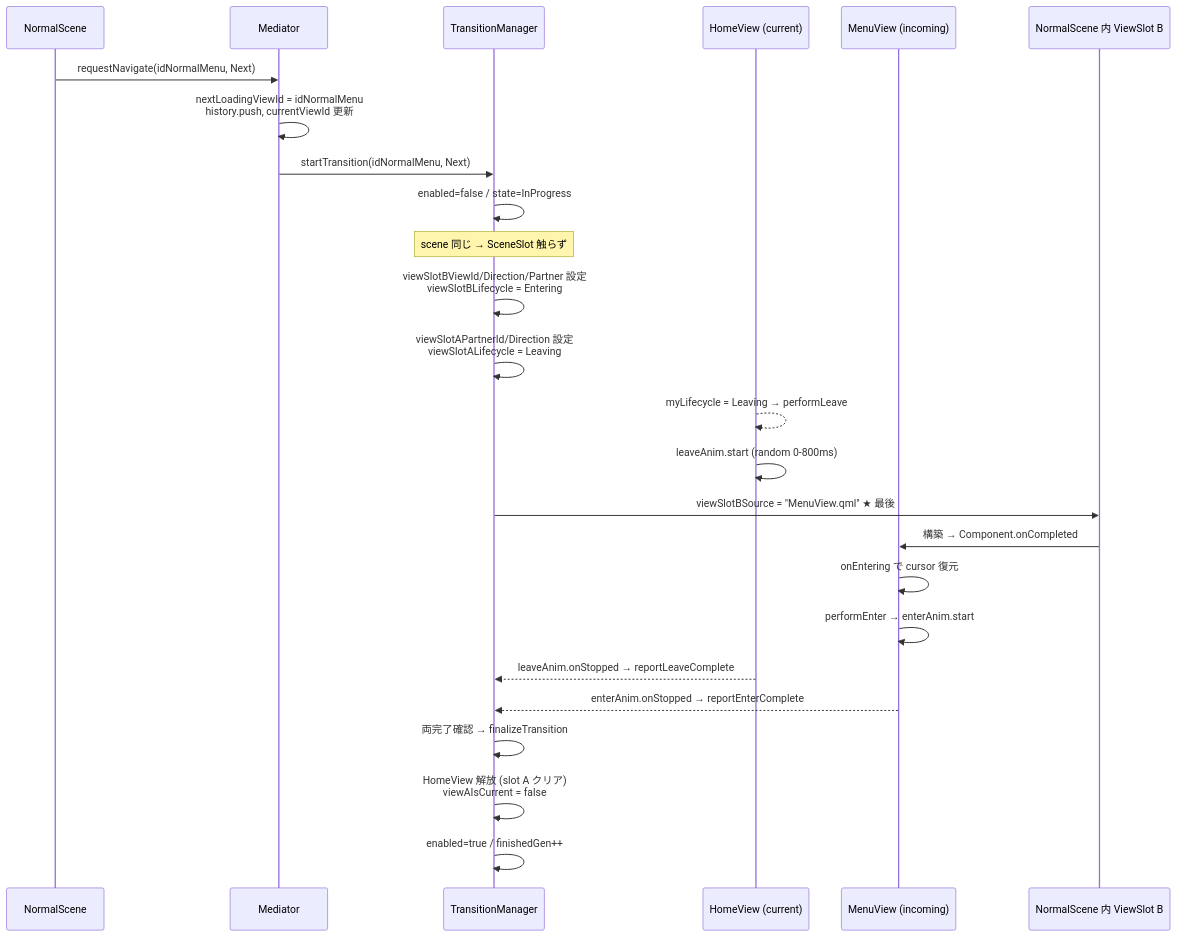
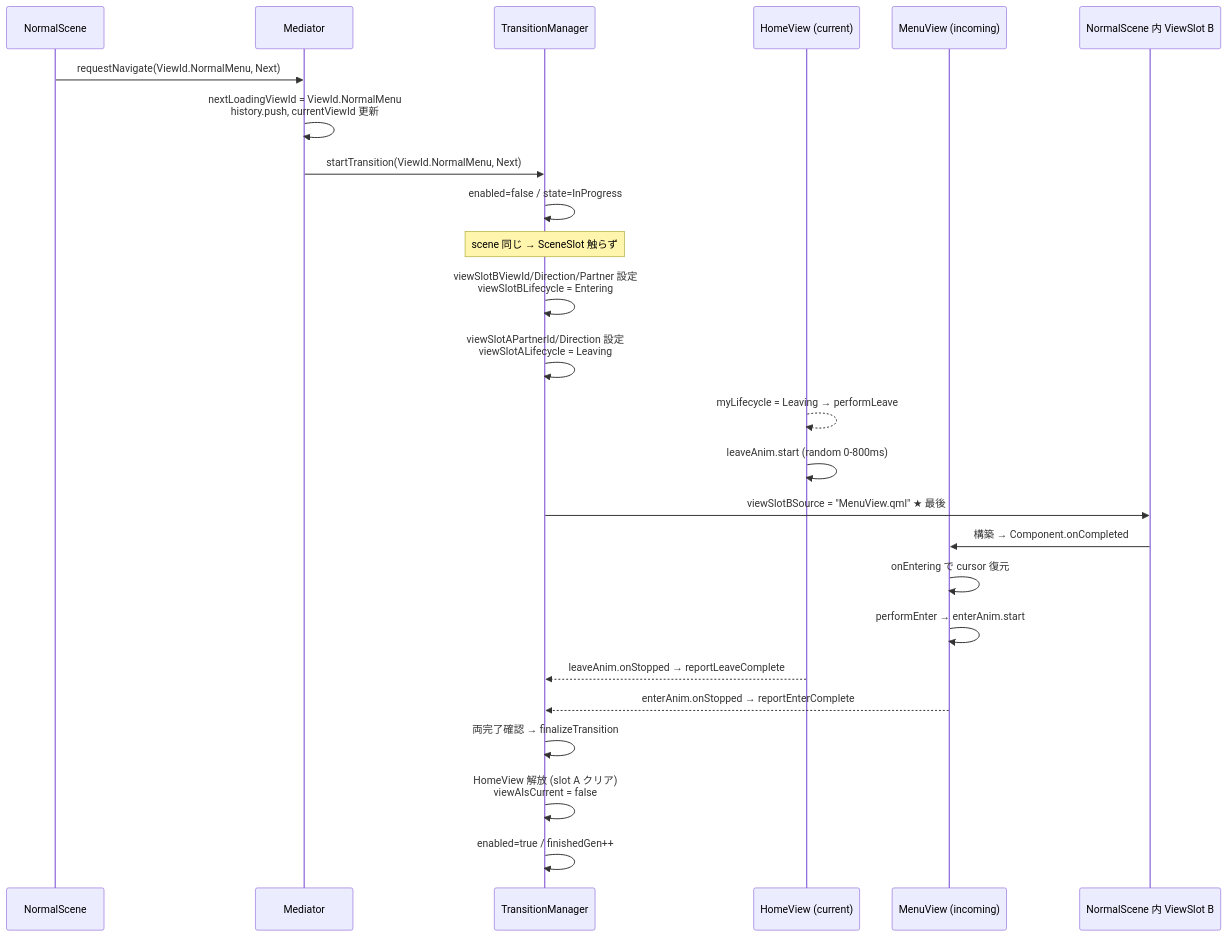
One commit to yuya-kadono/qul-loader-navigation-poc changed the fifth of 11 diagrams in docs/flows.md. Above: the diagram before and after it, drawn with Mermaid. The commit also changed other lines of this file and 31 other files, not shown here.

````diff
--- a/docs/flows.md
+++ b/docs/flows.md
@@ -135,31 +147,31 @@
 ```mermaid
 sequenceDiagram
     participant NS as NormalScene
     participant Med as Mediator
     participant TM as TransitionManager
     participant Home as HomeView (current)
     participant Menu as MenuView (incoming)
     participant Loader as NormalScene 内 ViewSlot B
 
-    NS->>Med: requestNavigate(idNormalMenu, Next)
-    Med->>Med: nextLoadingViewId = idNormalMenu<br>history.push, currentViewId 更新
-    Med->>TM: startTransition(idNormalMenu, Next)
+    NS->>Med: requestNavigate(ViewId.NormalMenu, Next)
+    Med->>Med: nextLoadingViewId = ViewId.NormalMenu<br>history.push, currentViewId 更新
+    Med->>TM: startTransition(ViewId.NormalMenu, Next)
     TM->>TM: enabled=false / state=InProgress
     Note over TM: scene 同じ → SceneSlot 触らず
 
     TM->>TM: viewSlotBViewId/Direction/Partner 設定<br>viewSlotBLifecycle = Entering
     TM->>TM: viewSlotAPartnerId/Direction 設定<br>viewSlotALifecycle = Leaving
     Home-->>Home: myLifecycle = Leaving → performLeave
     Home->>Home: leaveAnim.start (random 0-800ms)
 
     TM->>Loader: viewSlotBSource = "MenuView.qml" ★ 最後
     Loader->>Menu: 構築 → Component.onCompleted
     Menu->>Menu: onEntering で cursor 復元
     Menu->>Menu: performEnter → enterAnim.start
 
     Home-->>TM: leaveAnim.onStopped → reportLeaveComplete
     Menu-->>TM: enterAnim.onStopped → reportEnterComplete
     TM->>TM: 両完了確認 → finalizeTransition
     TM->>TM: HomeView 解放 (slot A クリア)<br>viewAIsCurrent = false
     TM->>TM: enabled=true / finishedGen++
 ```
````
